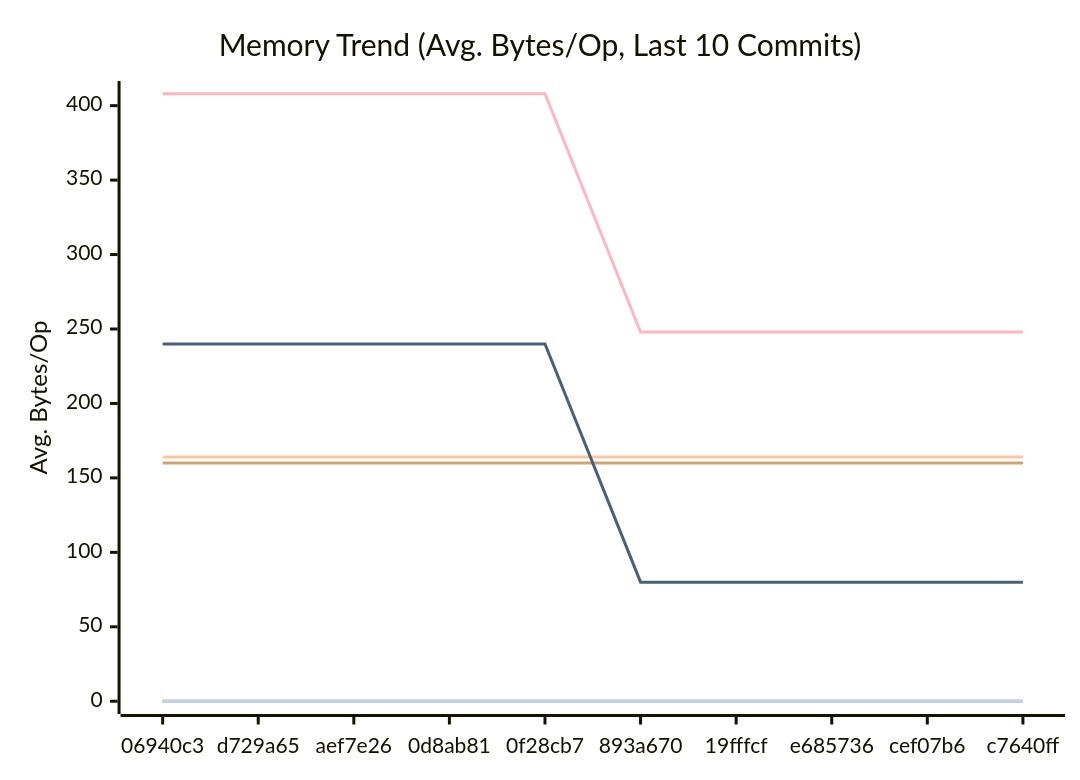
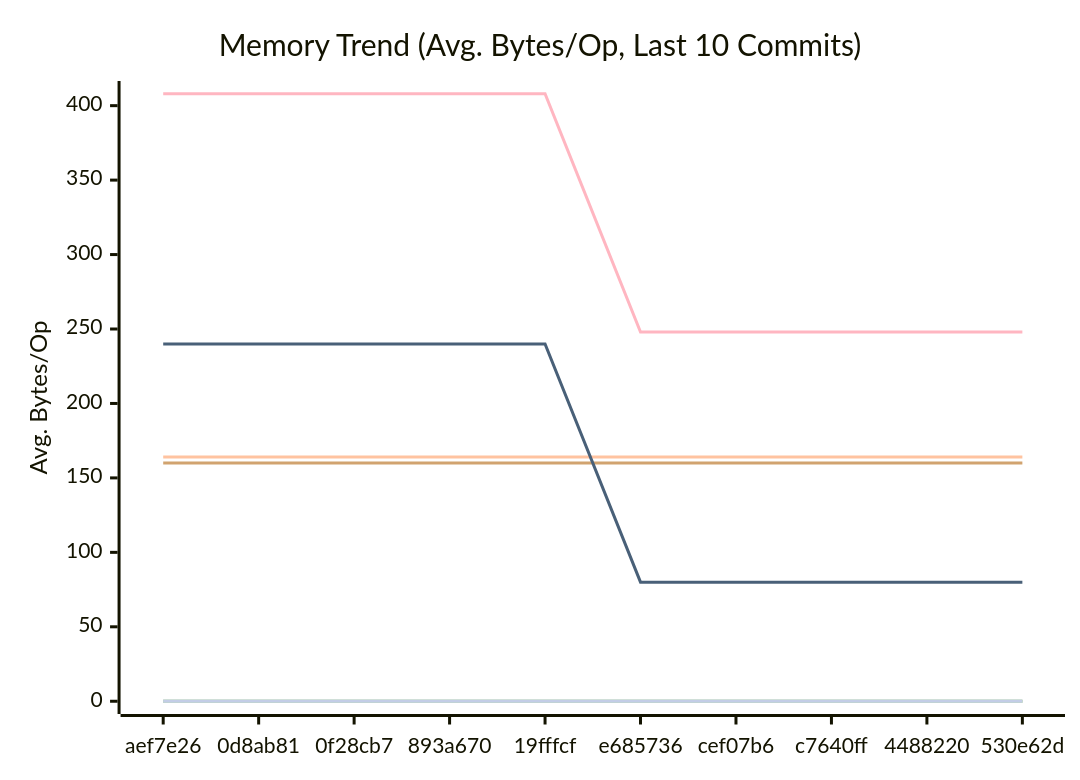
The second of 3 diagrams in docs/PERFORMANCE.md (alsotoes/momo), drawn with Mermaid before and after one commit. The commit also changed other lines of this file and 13 other files, not shown here.

````diff
--- a/docs/PERFORMANCE.md
+++ b/docs/PERFORMANCE.md
@@ -97,16 +97,16 @@
 ```mermaid
 xychart-beta
     title "Memory Trend (Avg. Bytes/Op, Last 10 Commits)"
     x-axis "Commit"
     y-axis "Avg. Bytes/Op"
-    x-axis [06940c3,d729a65,aef7e26,0d8ab81,0f28cb7,893a670,19fffcf,e685736,cef07b6,c7640ff]
+    x-axis [aef7e26,0d8ab81,0f28cb7,893a670,19fffcf,e685736,cef07b6,c7640ff,4488220,530e62d]
     line "CheckMetricsAndSwap" [0,0,0,0,0,0,0,0,0,0]
     line "CrushOptimized" [0,0,0,0,0,0,0,0,0,0]
     line "CrushOriginal" [164,164,164,164,164,164,164,164,164,164]
     line "IndexDirectTracking" [0,0,0,0,0,0,0,0,0,0]
     line "IndexSearch" [0,0,0,0,0,0,0,0,0,0]
     line "LoadGlobalConfig" [160,160,160,160,160,160,160,160,160,160]
     line "PadString" [0,0,0,0,0,0,0,0,0,0]
     line "ParseReplicationOrder_NoPrealloc" [408,408,408,408,408,248,248,248,248,248]
     line "ParseReplicationOrder_Prealloc" [240,240,240,240,240,80,80,80,80,80]
 ```
````
